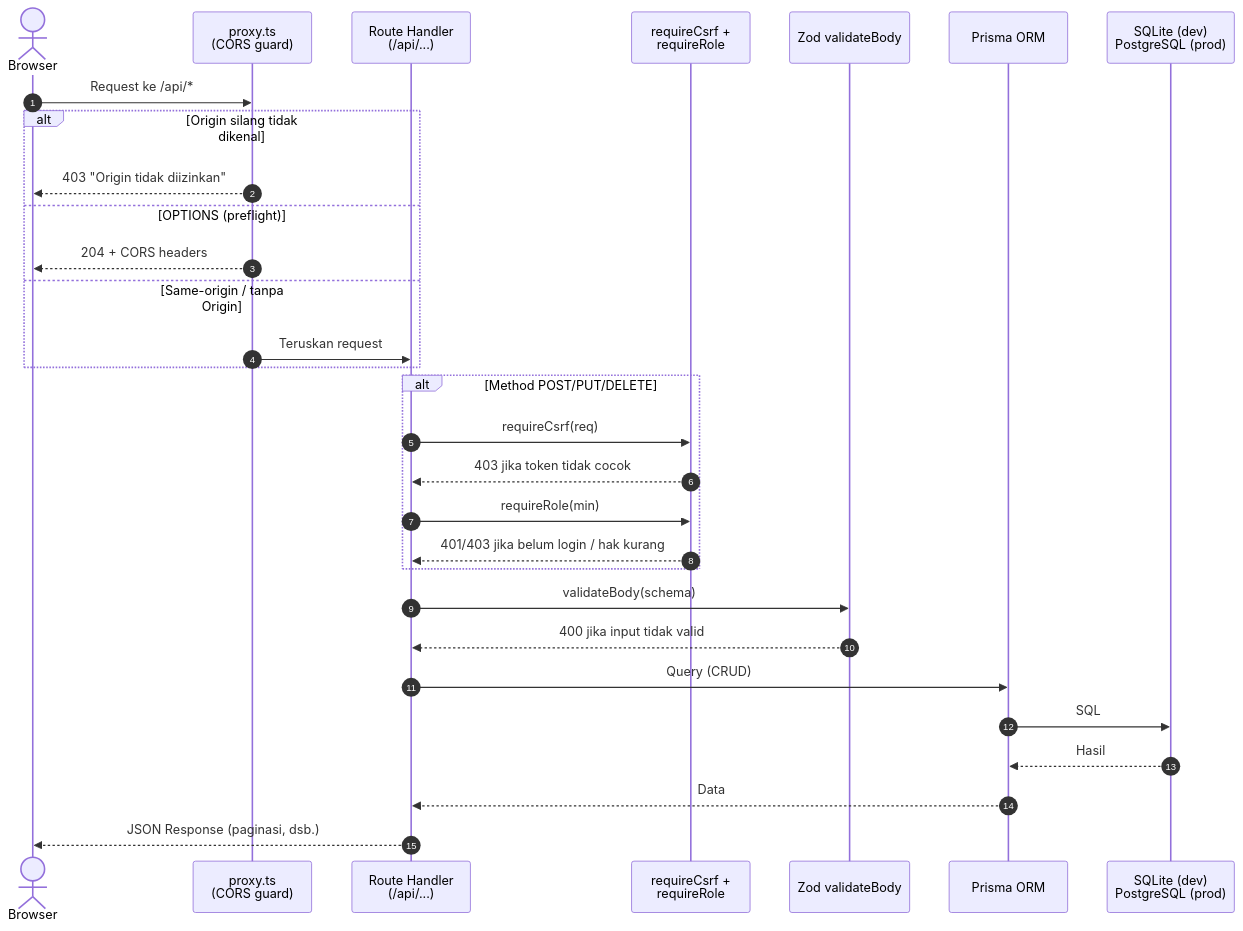
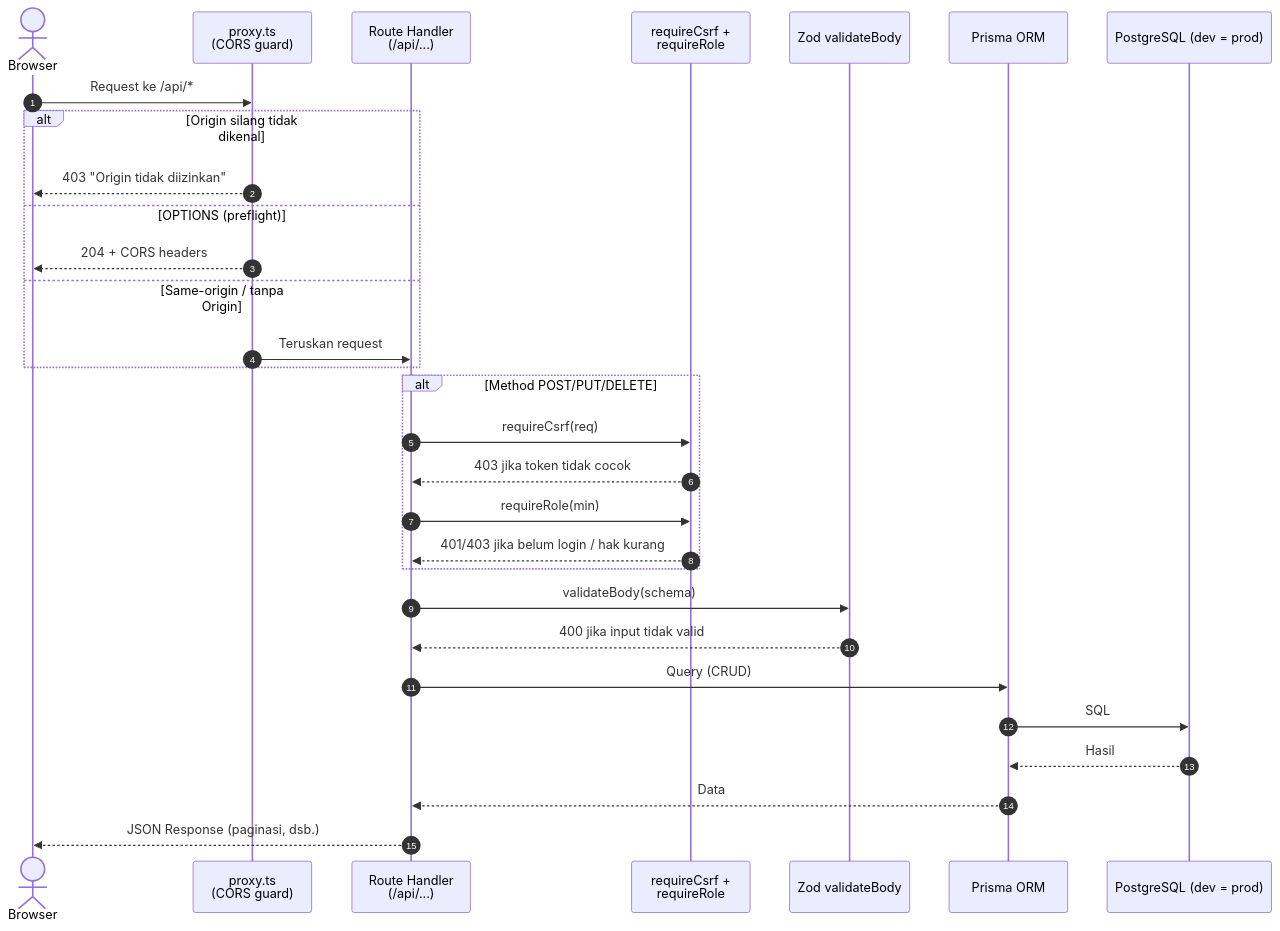
The second of 5 diagrams in docs/ARCHITECTURE.md (amhyer/cms-monsa), drawn with Mermaid before and after one commit. The commit also changed other lines of this file and 26 other files, not shown here.

First line of the commit message:
feat(db): konsolidasi ke SATU skema PostgreSQL — dev lokal = produksi

````diff
--- a/docs/ARCHITECTURE.md
+++ b/docs/ARCHITECTURE.md
@@ -84,36 +83,36 @@
 ```mermaid
 sequenceDiagram
     autonumber
     actor Browser
     participant Proxy as proxy.ts<br/>(CORS guard)
     participant Handler as Route Handler<br/>(/api/...)
     participant Auth as requireCsrf +<br/>requireRole
     participant Valid as Zod validateBody
     participant Prisma as Prisma ORM
-    participant DB as SQLite (dev)<br/>PostgreSQL (prod)
+    participant DB as PostgreSQL (dev = prod)
 
     Browser->>Proxy: Request ke /api/*
     alt Origin silang tidak dikenal
         Proxy-->>Browser: 403 "Origin tidak diizinkan"
     else OPTIONS (preflight)
         Proxy-->>Browser: 204 + CORS headers
     else Same-origin / tanpa Origin
         Proxy->>Handler: Teruskan request
     end
 
     alt Method POST/PUT/DELETE
         Handler->>Auth: requireCsrf(req)
         Auth-->>Handler: 403 jika token tidak cocok
         Handler->>Auth: requireRole(min)
         Auth-->>Handler: 401/403 jika belum login / hak kurang
     end
 
     Handler->>Valid: validateBody(schema)
     Valid-->>Handler: 400 jika input tidak valid
 
     Handler->>Prisma: Query (CRUD)
     Prisma->>DB: SQL
     DB-->>Prisma: Hasil
     Prisma-->>Handler: Data
     Handler-->>Browser: JSON Response (paginasi, dsb.)
 ```
````
